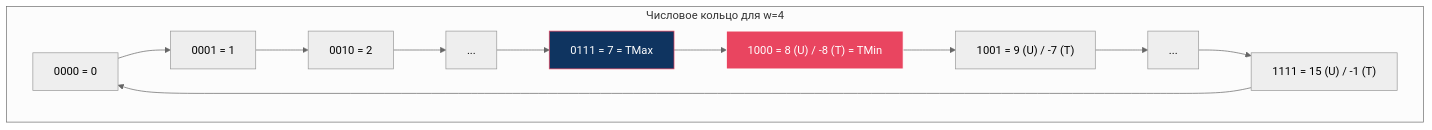
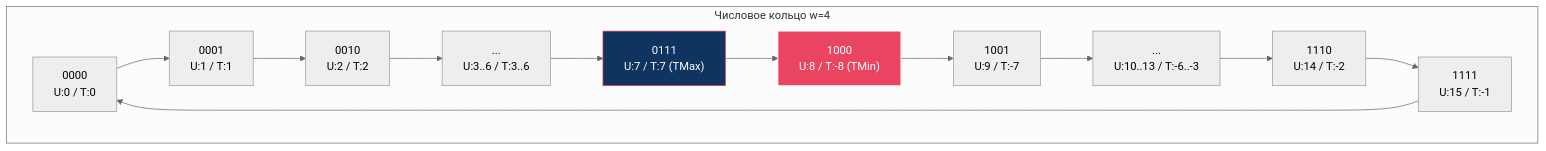
The second of 2 diagrams in src/cs/computer-system/2.chapter/2.2/2.2-overview.md (rogerok/learn-programming), drawn with Mermaid (neutral theme) before and after one commit. The commit also changed other lines of this file and 2 other files, not shown here.

````diff
--- a/src/cs/computer-system/2.chapter/2.2/2.2-overview.md
+++ b/src/cs/computer-system/2.chapter/2.2/2.2-overview.md
@@ -294,17 +283,18 @@
 ```mermaid
 graph TD
-    subgraph "Числовое кольцо для w=4"
-        A["0000 = 0"] --> B["0001 = 1"]
-        B --> C["0010 = 2"]
-        C --> D["..."]
-        D --> E["0111 = 7 = TMax"]
-        E --> F["1000 = 8 (U) / -8 (T) = TMin"]
-        F --> G["1001 = 9 (U) / -7 (T)"]
-        G --> H["..."]
-        H --> I["1111 = 15 (U) / -1 (T)"]
-        I --> A
+    subgraph "Числовое кольцо w=4"
+        A["0000<br/>U:0 / T:0"] --> B["0001<br/>U:1 / T:1"]
+        B --> C["0010<br/>U:2 / T:2"]
+        C --> D["...<br/>U:3..6 / T:3..6"]
+        D --> E["0111<br/>U:7 / T:7 (TMax)"]
+        E --> F["1000<br/>U:8 / T:-8 (TMin)"]
+        F --> G["1001<br/>U:9 / T:-7"]
+        G --> H["...<br/>U:10..13 / T:-6..-3"]
+        H --> I["1110<br/>U:14 / T:-2"]
+        I --> J["1111<br/>U:15 / T:-1"]
+        J --> A
     end
 
     style E fill:#0f3460,stroke:#e94560,color:#fff
     style F fill:#e94560,stroke:#fff,color:#fff
 ```
````
